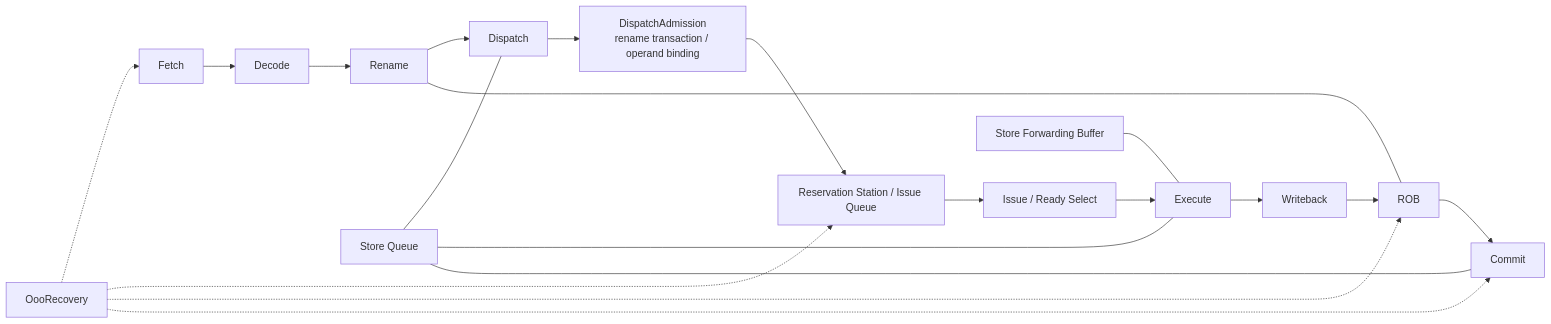
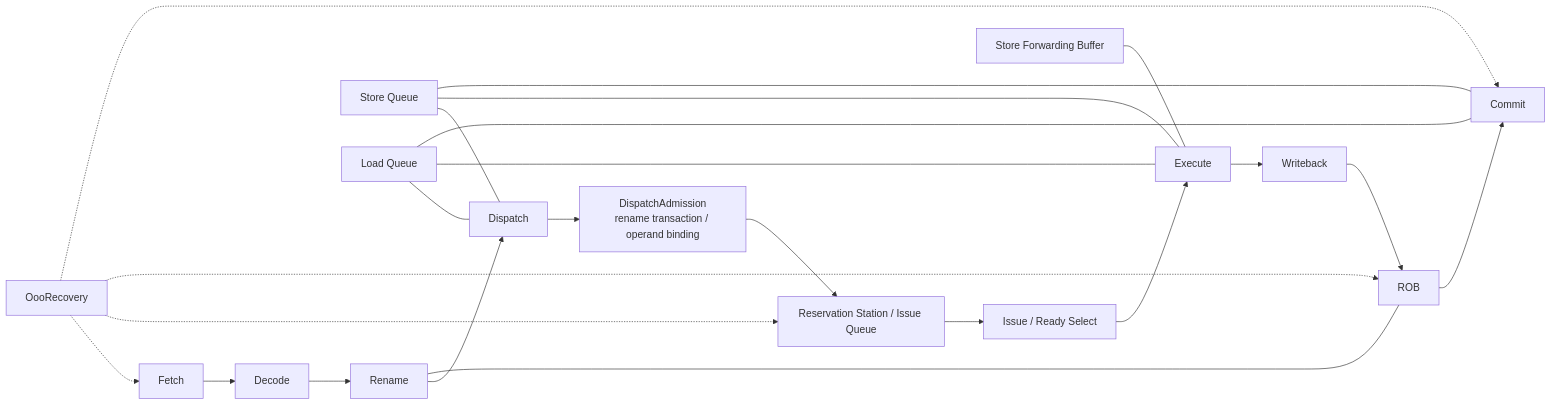
Before and after one commit to jensen-yan/risc-v-simulator: the fourth of 5 diagrams in ARCHITECTURE.md, drawn with Mermaid. The commit also changed other lines of this file and 25 other files, not shown here.

First line of the commit message:
feat: 引入 OOO LoadQueue 生命周期骨架

````diff
--- a/ARCHITECTURE.md
+++ b/ARCHITECTURE.md
@@ -114,22 +114,25 @@
 ```mermaid
 flowchart LR
   f["Fetch"] --> d["Decode"]
   d --> r["Rename"]
   r --> dis["Dispatch"]
   dis --> da["DispatchAdmission\nrename transaction / operand binding"]
   da --> rs["Reservation Station / Issue Queue"]
   rs --> iss["Issue / Ready Select"]
   iss --> e["Execute"]
   e --> w["Writeback"]
   w --> rob["ROB"]
   rob --> c["Commit"]
   rec["OooRecovery"] -.-> f
   rec -.-> rs
   rec -.-> rob
   rec -.-> c
   sq["Store Queue"] --- dis
   sq --- e
   sq --- c
+  lq["Load Queue"] --- dis
+  lq --- e
+  lq --- c
   sfb["Store Forwarding Buffer"] --- e
   rob --- r
 ```
````
